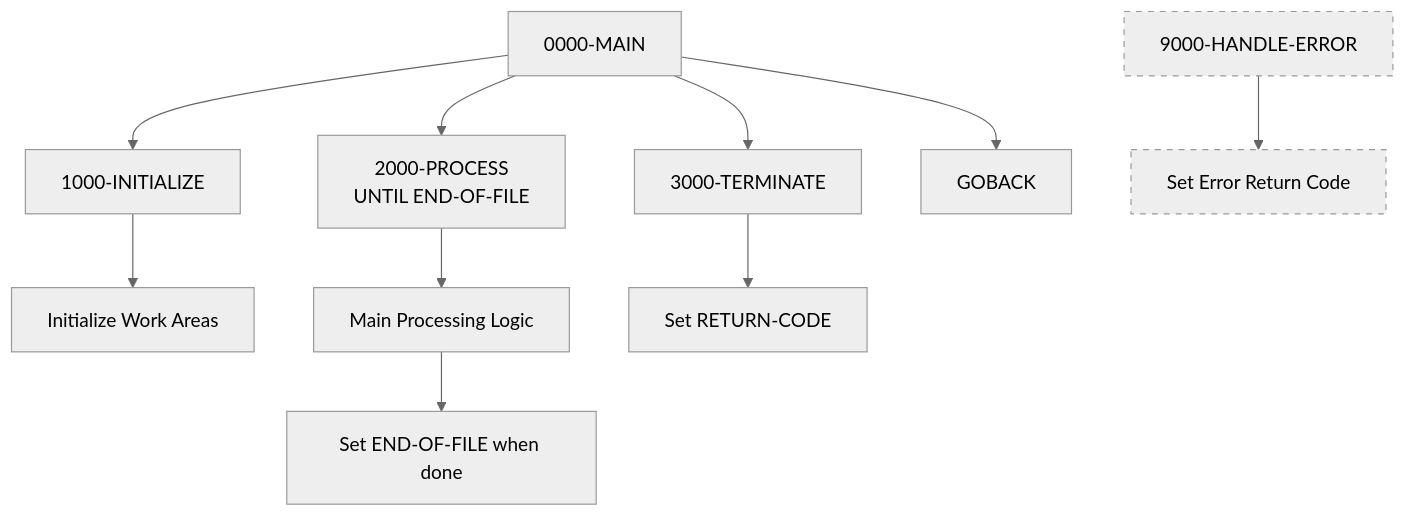
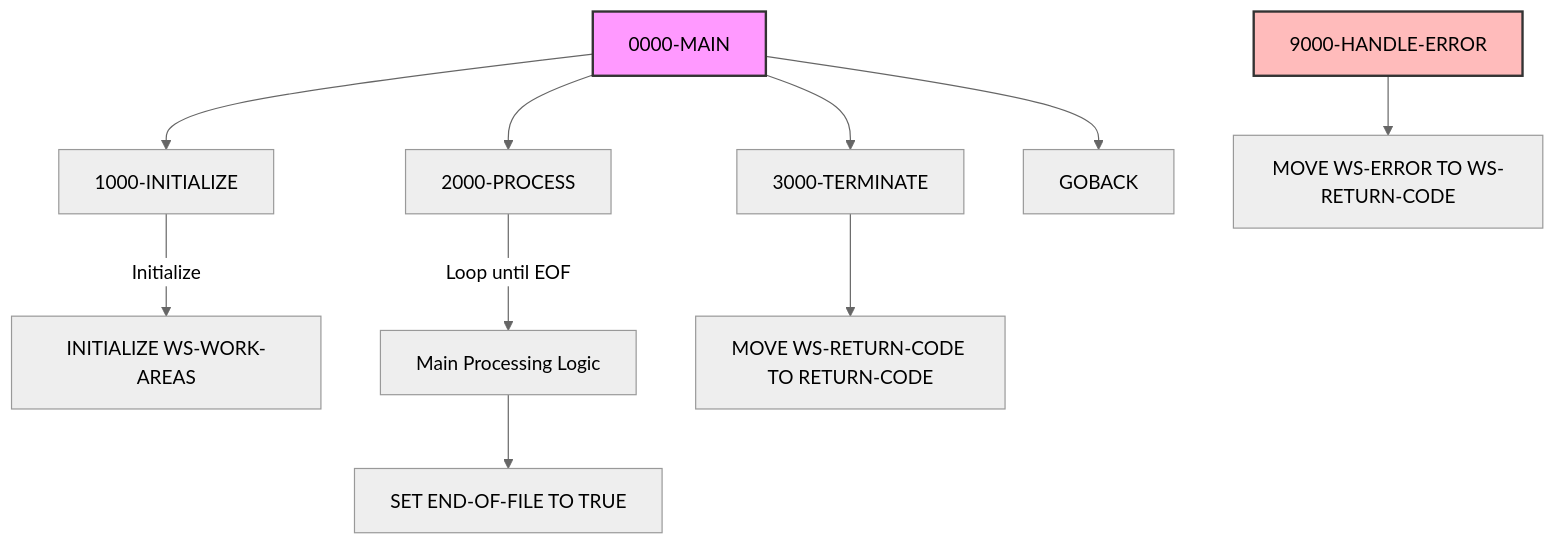
Before and after one commit to haladir-com/legacy-benchmark-docs-vb70e1: the diagram in docs/programs/PROGNAME.mdx, drawn with Mermaid (neutral theme). The commit also changed other lines of this file and 63 other files, not shown here.

````diff
--- a/docs/programs/PROGNAME.mdx
+++ b/docs/programs/PROGNAME.mdx
@@ -22,19 +21,19 @@
 ```mermaid
 graph TD
     A[0000-MAIN] --> B[1000-INITIALIZE]
-    A --> C[2000-PROCESS<br/>UNTIL END-OF-FILE]
+    A --> C[2000-PROCESS]
     A --> D[3000-TERMINATE]
     A --> E[GOBACK]
     
-    B --> F[Initialize Work Areas]
+    B -->|Initialize| F[INITIALIZE WS-WORK-AREAS]
     
-    C --> G[Main Processing Logic]
-    G --> H[Set END-OF-FILE when done]
+    C -->|Loop until EOF| G[Main Processing Logic]
+    G --> H[SET END-OF-FILE TO TRUE]
     
-    D --> I[Set RETURN-CODE]
+    D --> I[MOVE WS-RETURN-CODE TO RETURN-CODE]
     
-    J[9000-HANDLE-ERROR] --> K[Set Error Return Code]
+    J[9000-HANDLE-ERROR] --> K[MOVE WS-ERROR TO WS-RETURN-CODE]
     
-    style J stroke-dasharray: 5 5
-    style K stroke-dasharray: 5 5
+    style A fill:#f9f,stroke:#333,stroke-width:2px
+    style J fill:#fbb,stroke:#333,stroke-width:2px
 ```
````
